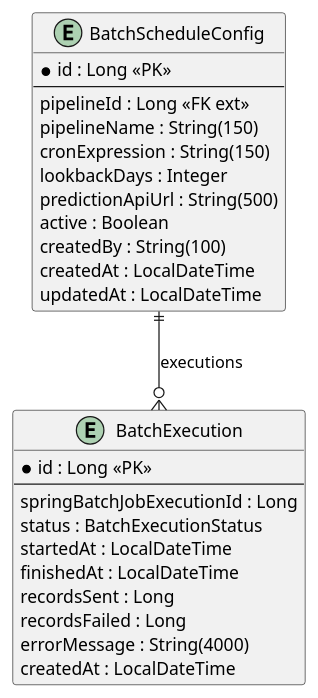
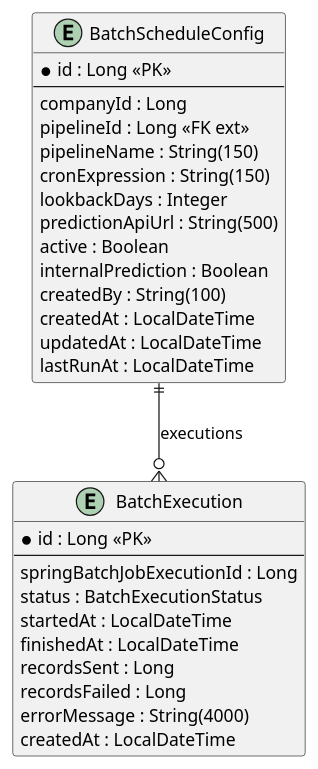
One commit to paulo-uab/salesPrevision changed the fourth of 17 diagrams in docs/technical-documentation.md. Above: the diagram before and after it, drawn with PlantUML. The commit also changed other lines of this file and 48 other files, not shown here.

````diff
--- a/docs/technical-documentation.md
+++ b/docs/technical-documentation.md
@@ -488,32 +586,35 @@
 ```plantuml
 @startuml batch-erd
 entity "BatchScheduleConfig" as SC {
   * id : Long <<PK>>
   --
+  companyId : Long
   pipelineId : Long <<FK ext>>
   pipelineName : String(150)
   cronExpression : String(150)
   lookbackDays : Integer
   predictionApiUrl : String(500)
   active : Boolean
+  internalPrediction : Boolean
   createdBy : String(100)
   createdAt : LocalDateTime
   updatedAt : LocalDateTime
+  lastRunAt : LocalDateTime
 }
 
 entity "BatchExecution" as BE {
   * id : Long <<PK>>
   --
   springBatchJobExecutionId : Long
   status : BatchExecutionStatus
   startedAt : LocalDateTime
   finishedAt : LocalDateTime
   recordsSent : Long
   recordsFailed : Long
   errorMessage : String(4000)
   createdAt : LocalDateTime
 }
 
 SC ||--o{ BE : "executions"
 @enduml
 ```
````
